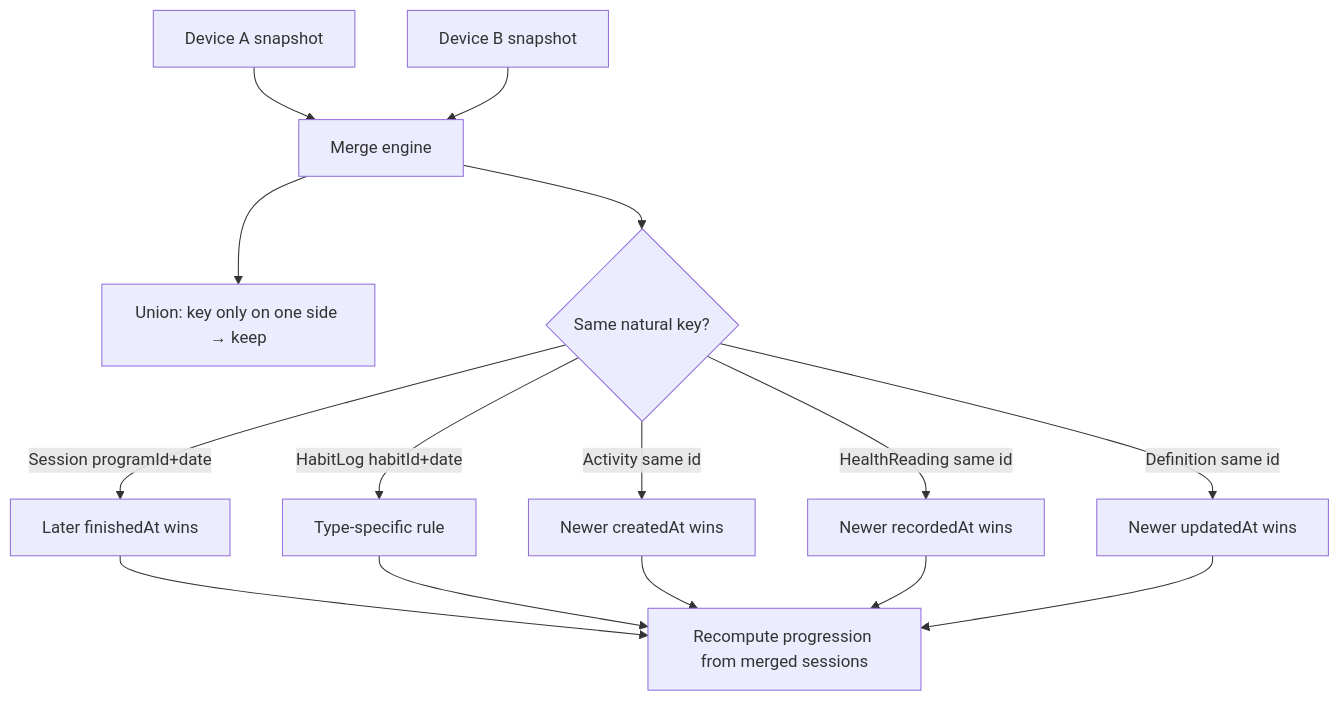
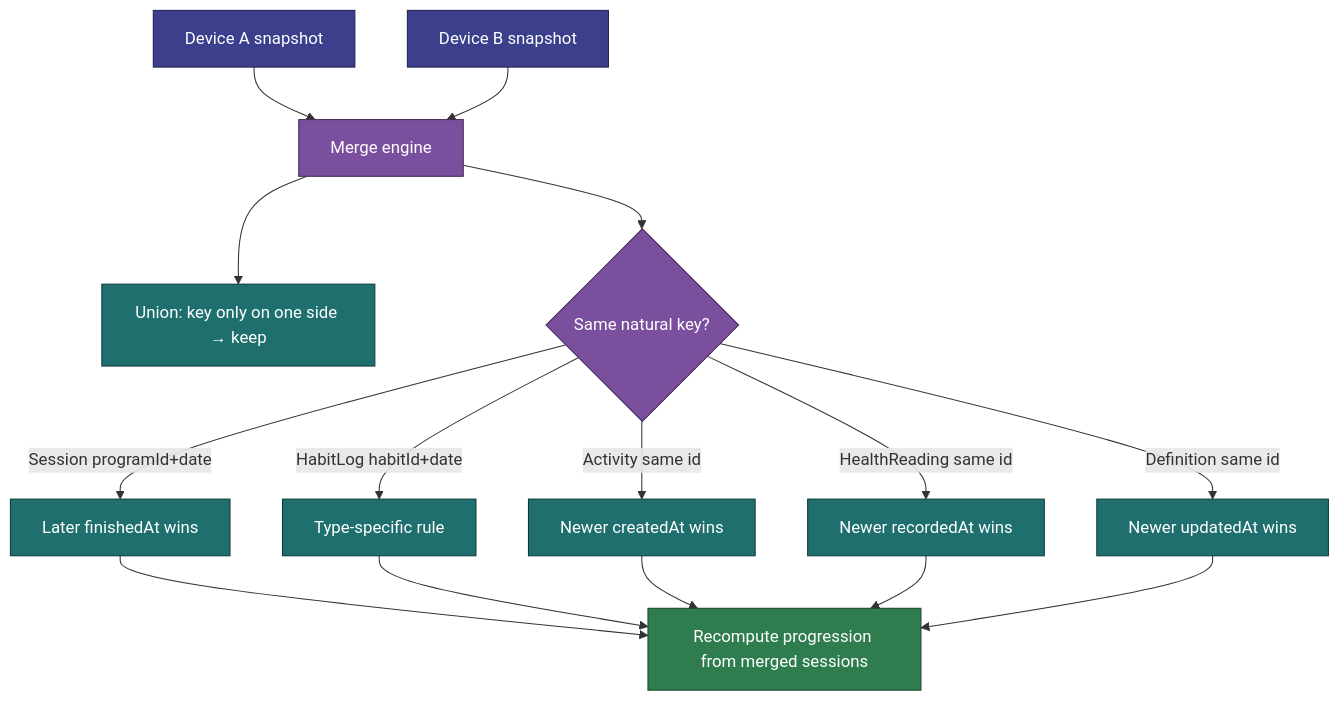
The second of 2 diagrams in docs/roadmap/device-sync.md (jermbo/CosmicWorkOut), drawn with Mermaid before and after one commit. The commit also changed other lines of this file and 55 other files, not shown here.

````diff
--- a/docs/roadmap/device-sync.md
+++ b/docs/roadmap/device-sync.md
@@ -124,17 +124,26 @@
 ```mermaid
 flowchart TD
     A[Device A snapshot] --> M[Merge engine]
     B[Device B snapshot] --> M
     M --> U[Union: key only on one side → keep]
     M --> C{Same natural key?}
     C -->|Session programId+date| W1[Later finishedAt wins]
     C -->|HabitLog habitId+date| W2[Type-specific rule]
     C -->|Activity same id| W3[Newer createdAt wins]
     C -->|HealthReading same id| W5[Newer recordedAt wins]
     C -->|Definition same id| W4[Newer updatedAt wins]
     W1 --> R[Recompute progression from merged sessions]
     W2 --> R
     W3 --> R
     W5 --> R
     W4 --> R
+
+    classDef input fill:#3b3f8c,stroke:#23264f,color:#ffffff;
+    classDef engine fill:#7a4f9e,stroke:#46295c,color:#ffffff;
+    classDef rule fill:#1f6f6f,stroke:#0f3a3a,color:#ffffff;
+    classDef result fill:#2f7d4f,stroke:#1a472d,color:#ffffff;
+    class A,B input;
+    class M,C engine;
+    class U,W1,W2,W3,W4,W5 rule;
+    class R result;
 ```
````
